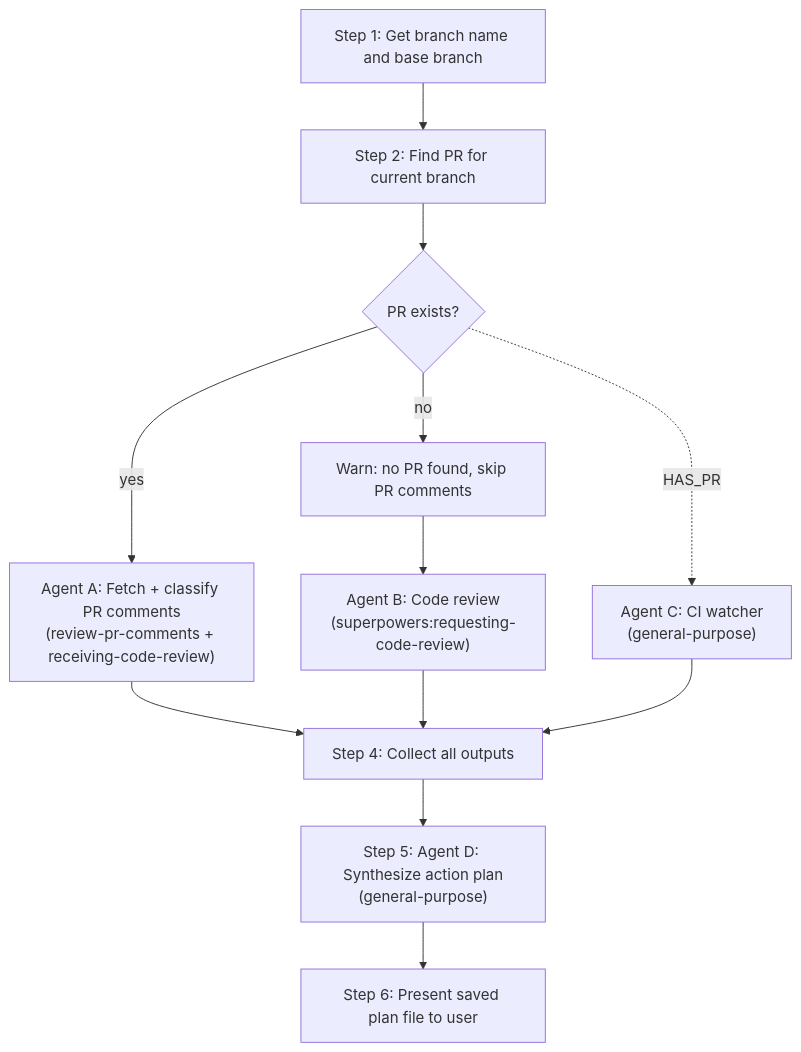
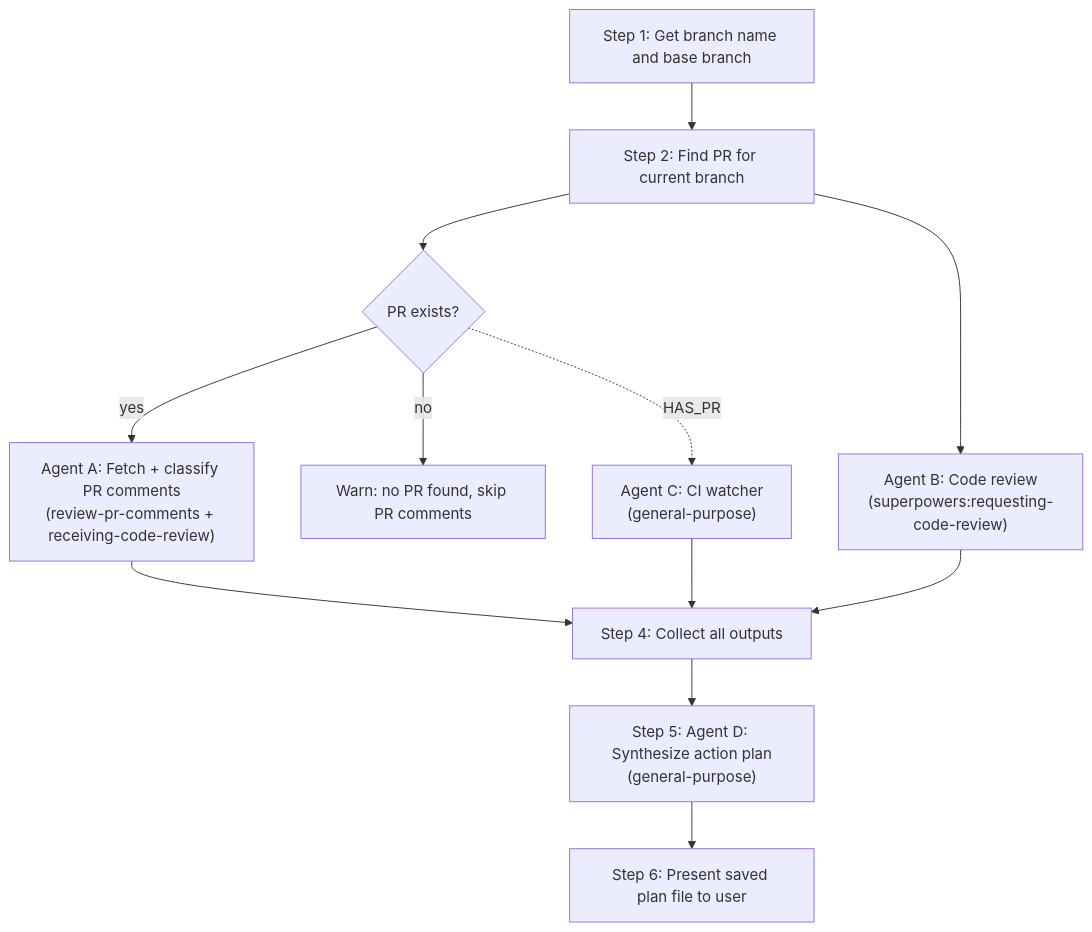
Before and after one commit to haldunanil/agent-skills: the diagram in skills/comprehensive-review/SKILL.md, drawn with Mermaid. The commit also changed other lines of this file, not shown here.

First line of the commit message:
skill: address gemini review on comprehensive-review SKILL.md

````diff
--- a/skills/comprehensive-review/SKILL.md
+++ b/skills/comprehensive-review/SKILL.md
@@ -23,14 +23,14 @@
 ```mermaid
 flowchart TB
     S1["Step 1: Get branch name and base branch"] --> S2["Step 2: Find PR for current branch"]
     S2 --> D{"PR exists?"}
     D -- yes --> A["Agent A: Fetch + classify PR comments\n(review-pr-comments + receiving-code-review)"]
     D -- no --> W["Warn: no PR found, skip PR comments"]
     D -.->|HAS_PR| C["Agent C: CI watcher\n(general-purpose)"]
-    W --> B["Agent B: Code review\n(superpowers:requesting-code-review)"]
+    S2 --> B["Agent B: Code review\n(superpowers:requesting-code-review)"]
     A --> S4["Step 4: Collect all outputs"]
     B --> S4
     C --> S4
     S4 --> S5["Step 5: Agent D: Synthesize action plan\n(general-purpose)"]
     S5 --> S6["Step 6: Present saved plan file to user"]
 ```
````
